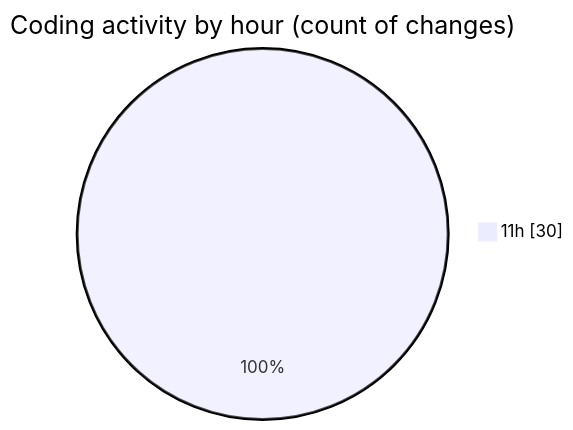
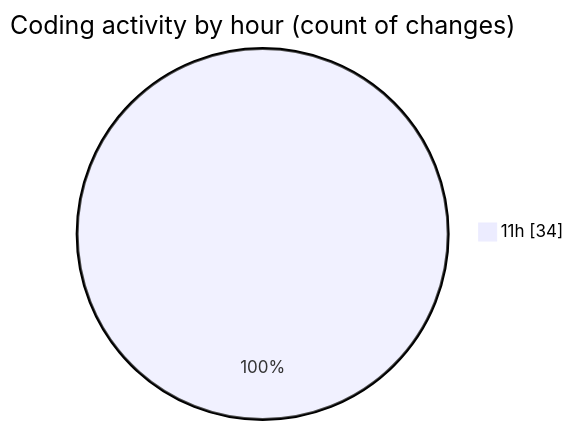
Before and after one commit to charlie-sans/code-tracking: the second of 2 diagrams in 2025-04-30/uhigh-lang/README.md, drawn with Mermaid. The commit also changed other lines of this file and 1 other file, not shown here.

````diff
--- a/2025-04-30/uhigh-lang/README.md
+++ b/2025-04-30/uhigh-lang/README.md
@@ -36,5 +36,5 @@
 ```mermaid
 pie showData
 title Coding activity by hour (count of changes)
-"11h" : 30
+"11h" : 34
 ```
````
